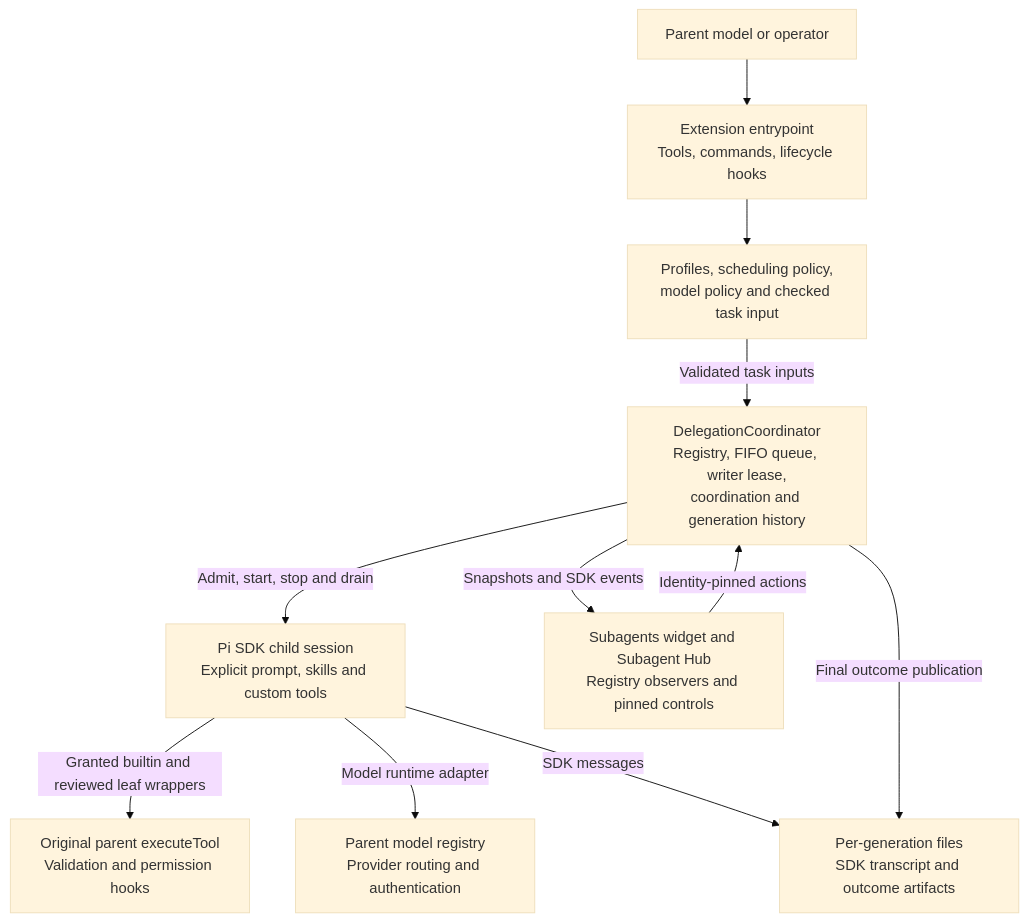
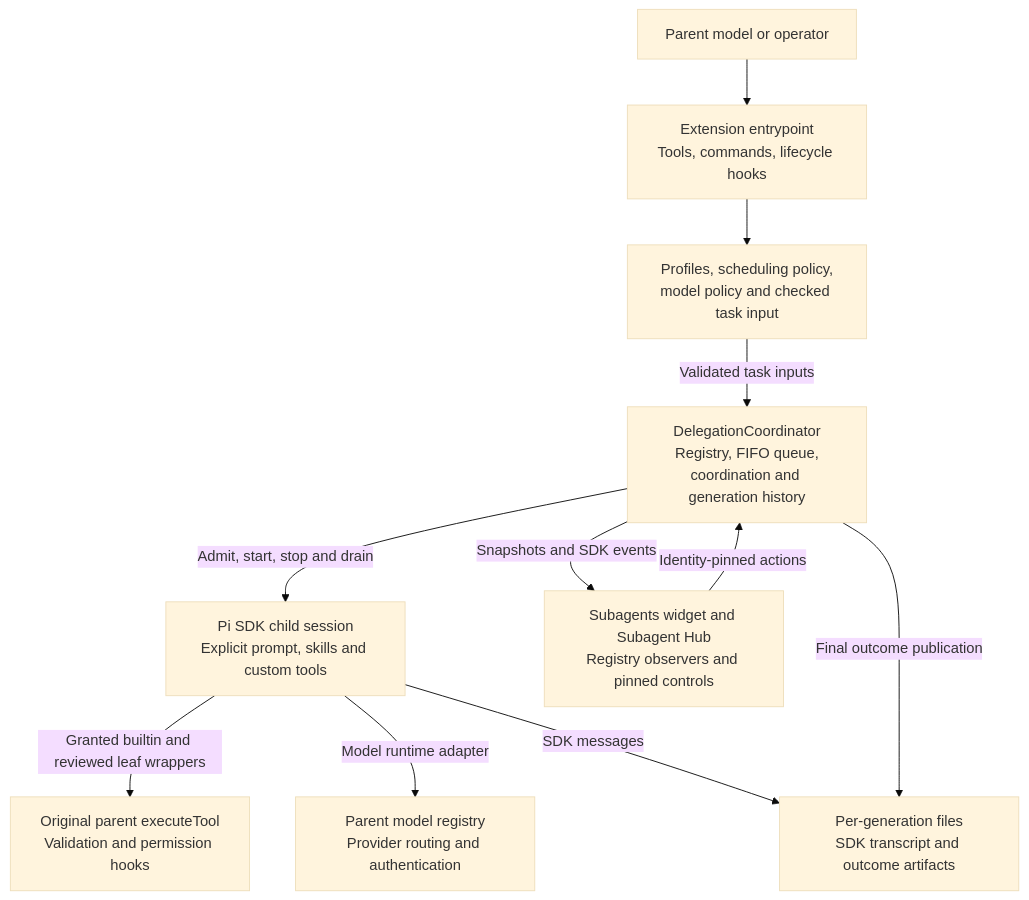
One commit to howarewoo/pi-extended-subagents changed the first of 2 diagrams in ARCHITECTURE.md. Above: the diagram before and after it, drawn with Mermaid (base theme). The commit also changed other lines of this file and 30 other files, not shown here.

````diff
--- a/ARCHITECTURE.md
+++ b/ARCHITECTURE.md
@@ -13,23 +13,23 @@
 ```mermaid
 flowchart TD
     Caller[Parent model or operator]
     Entry[Extension entrypoint\nTools, commands, lifecycle hooks]
     Policy[Profiles, scheduling policy,\nmodel policy and checked task input]
-    Registry[DelegationCoordinator\nRegistry, FIFO queue, writer lease,\ncoordination and generation history]
+    Registry[DelegationCoordinator\nRegistry, FIFO queue,\ncoordination and generation history]
     Child[Pi SDK child session\nExplicit prompt, skills and custom tools]
     Dispatch[Original parent executeTool\nValidation and permission hooks]
     Models[Parent model registry\nProvider routing and authentication]
     Files[Per-generation files\nSDK transcript and outcome artifacts]
     UI[Subagents widget and Subagent Hub\nRegistry observers and pinned controls]
 
     Caller --> Entry
     Entry --> Policy
     Policy -->|Validated task inputs| Registry
     Registry -->|Admit, start, stop and drain| Child
     Child -->|Granted builtin and reviewed leaf wrappers| Dispatch
     Child -->|Model runtime adapter| Models
     Child -->|SDK messages| Files
     Registry -->|Final outcome publication| Files
     Registry -->|Snapshots and SDK events| UI
     UI -->|Identity-pinned actions| Registry
 ```
````
